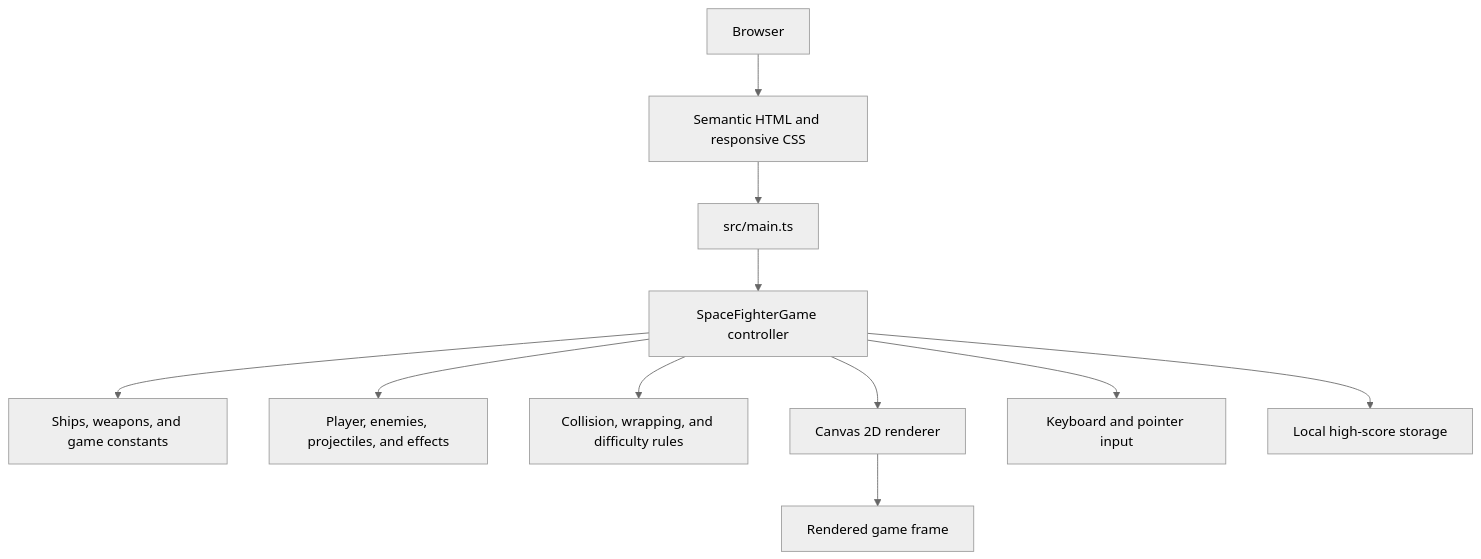
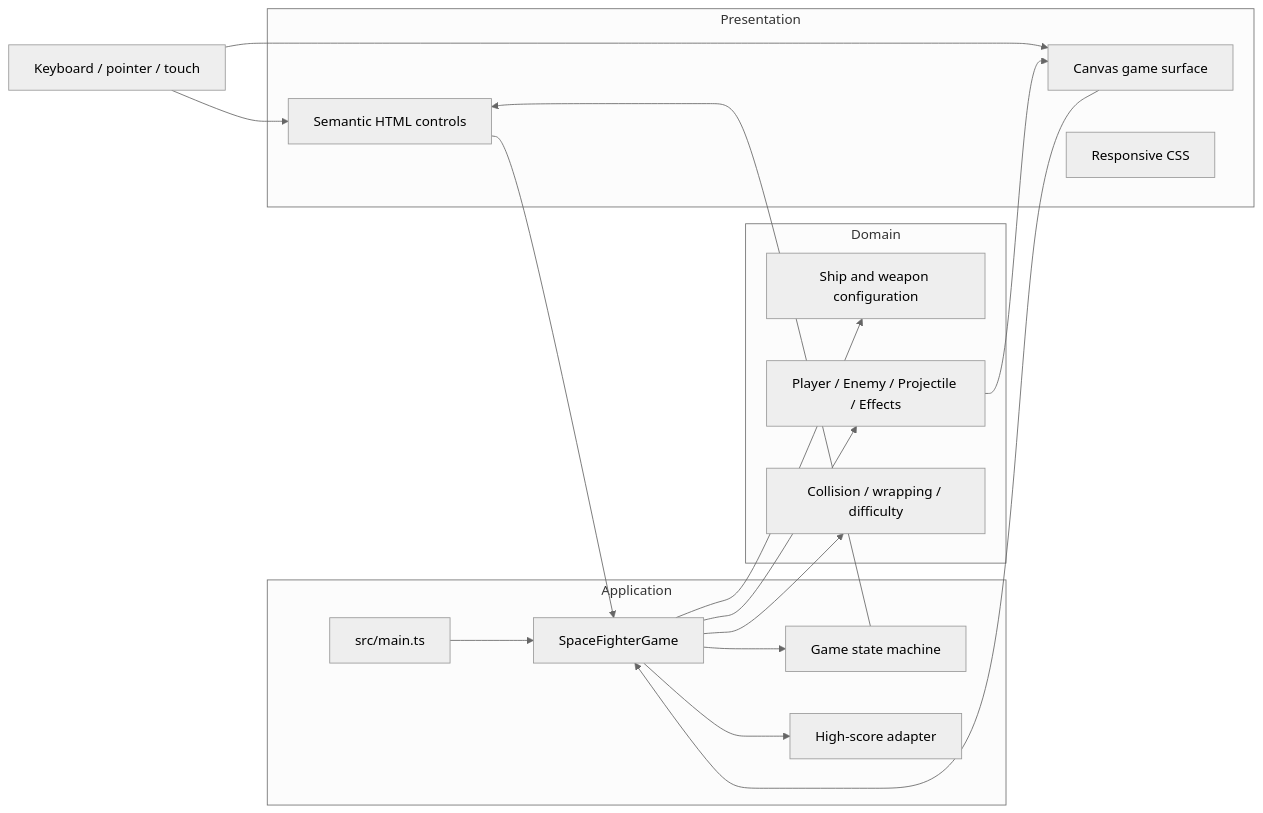
Before and after one commit to deepthi132/Space_Fighter: the first of 5 diagrams in README.md, drawn with Mermaid (neutral theme). The commit also changed other lines of this file and 9 other files, not shown here.

Commit message:
Document architecture and add end-to-end tests

````diff
--- a/README.md
+++ b/README.md
@@ -29,13 +37,35 @@
 ```mermaid
-flowchart TD
-    Browser[Browser] --> Page[Semantic HTML and responsive CSS]
-    Page --> Bootstrap[src/main.ts]
-    Bootstrap --> Controller[SpaceFighterGame controller]
-    Controller --> Config[Ships, weapons, and game constants]
-    Controller --> Entities[Player, enemies, projectiles, and effects]
-    Controller --> Rules[Collision, wrapping, and difficulty rules]
-    Controller --> Renderer[Canvas 2D renderer]
-    Controller --> Input[Keyboard and pointer input]
-    Controller --> Storage[Local high-score storage]
-    Renderer --> Frame[Rendered game frame]
+flowchart LR
+    User[Keyboard / pointer / touch] --> DOM[Semantic HTML controls]
+    User --> Canvas[Canvas game surface]
+
+    subgraph Presentation
+        DOM
+        Canvas
+        CSS[Responsive CSS]
+    end
+
+    subgraph Application
+        Bootstrap[src/main.ts]
+        Controller[SpaceFighterGame]
+        State[Game state machine]
+        Storage[High-score adapter]
+    end
+
+    subgraph Domain
+        Config[Ship and weapon configuration]
+        Entities[Player / Enemy / Projectile / Effects]
+        Rules[Collision / wrapping / difficulty]
+    end
+
+    DOM --> Controller
+    Canvas --> Controller
+    Bootstrap --> Controller
+    Controller --> State
+    Controller --> Config
+    Controller --> Entities
+    Controller --> Rules
+    Controller --> Storage
+    Entities --> Canvas
+    State --> DOM
 ```
````
